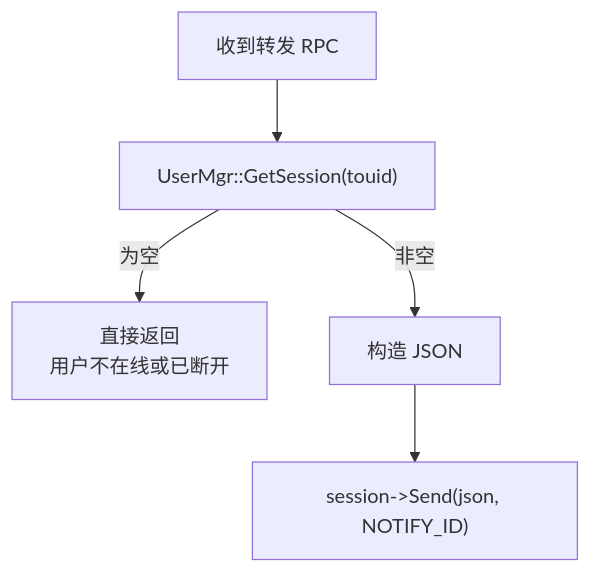
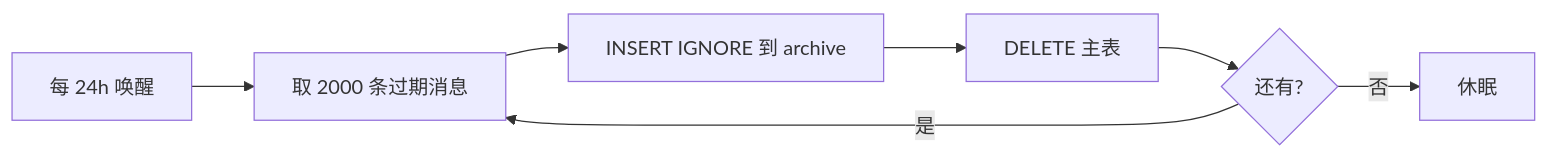
One commit to yrc920/yunjian changed the eighth of 8 diagrams in docs/09-chat-server.md. Above: the diagram before and after it, drawn with Mermaid. The commit also changed other lines of this file and 49 other files, not shown here.

````diff
--- a/docs/09-chat-server.md
+++ b/docs/09-chat-server.md
@@ -201,7 +238,9 @@
 ```mermaid
-flowchart TB
-    A["收到转发 RPC"] --> B["UserMgr::GetSession(touid)"]
-    B -->|为空| C["直接返回<br/>用户不在线或已断开"]
-    B -->|非空| D["构造 JSON"]
-    D --> E["session->Send(json, NOTIFY_ID)"]
+flowchart LR
+    A["每 24h 唤醒"] --> B["取 2000 条过期消息"]
+    B --> C["INSERT IGNORE 到 archive"]
+    C --> D["DELETE 主表"]
+    D --> E{"还有?"}
+    E -->|"是"| B
+    E -->|"否"| F["休眠"]
 ```
````
